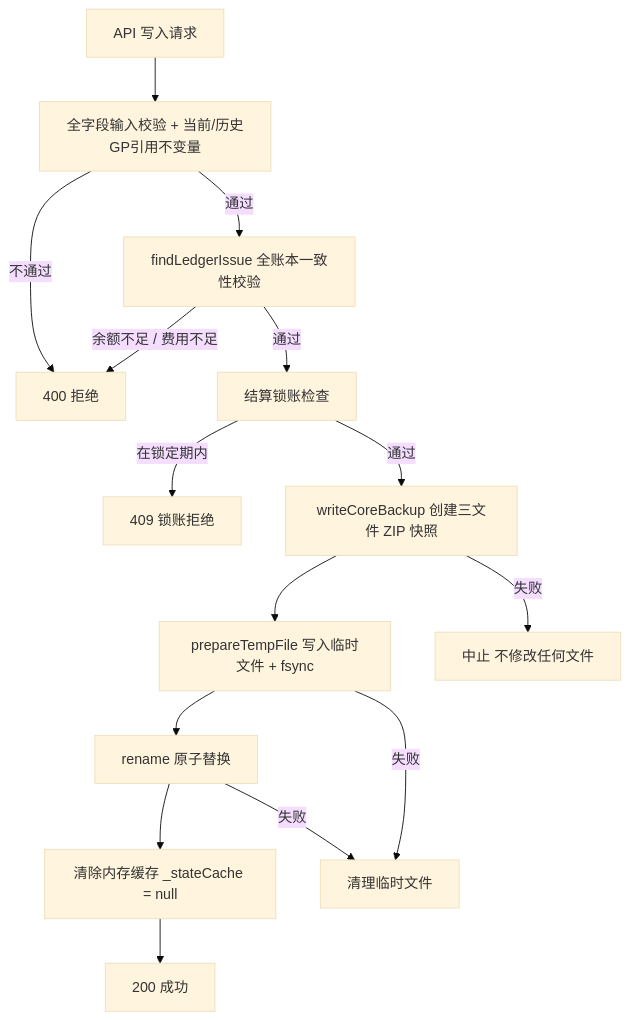
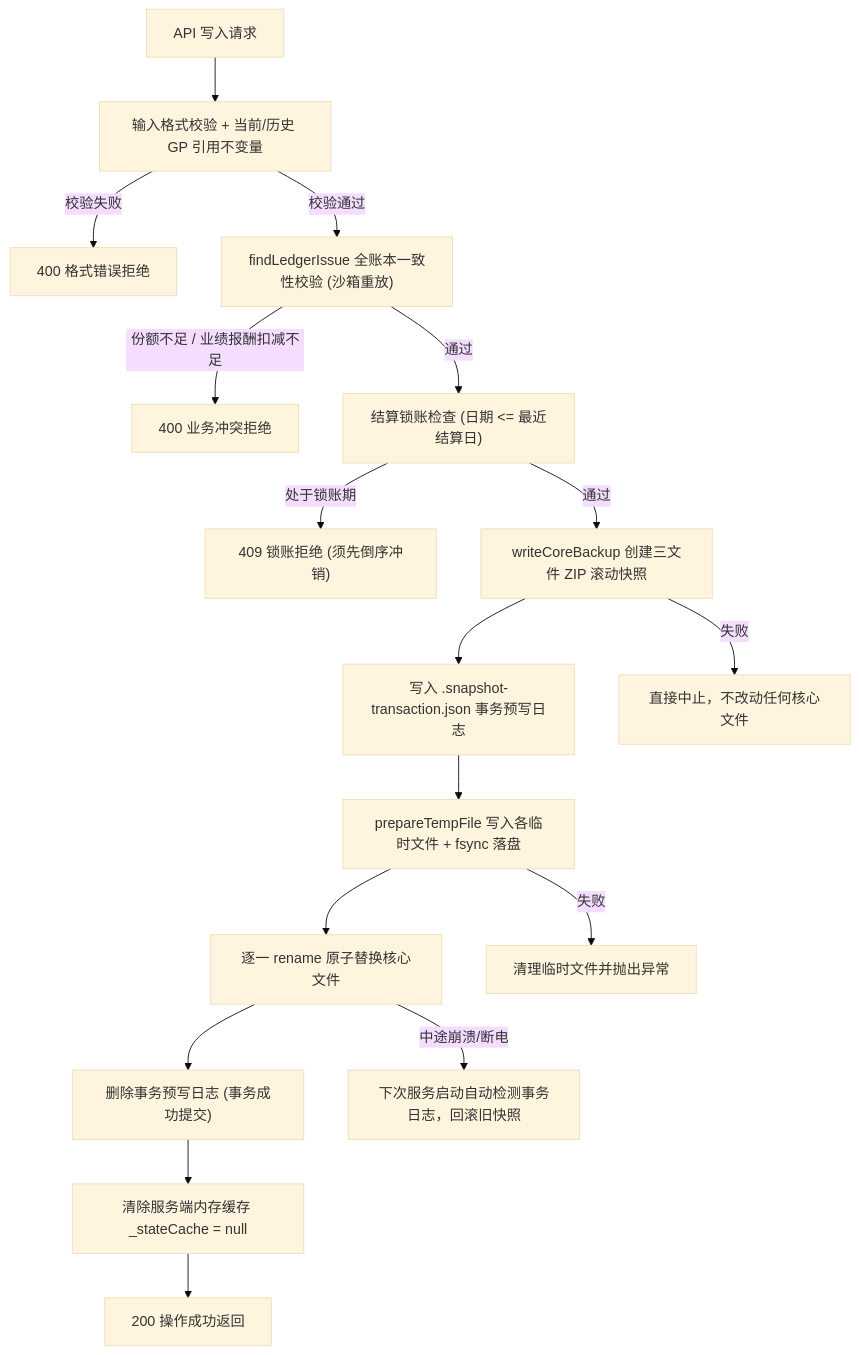
The third of 7 diagrams in docs/technical/ARCHITECTURE.md (spicy-man/family-fund-manager), drawn with Mermaid (base theme) before and after one commit. The commit also changed other lines of this file and 2 other files, not shown here.

Commit message:
docs: add architecture and code review guidelines and update README documentation

````diff
--- a/docs/technical/ARCHITECTURE.md
+++ b/docs/technical/ARCHITECTURE.md
@@ -125,17 +160,20 @@
 ```mermaid
 flowchart TD
-    START["API 写入请求"] --> VALIDATE["全字段输入校验 + 当前/历史GP引用不变量"]
-    VALIDATE -->|不通过| REJECT["400 拒绝"]
-    VALIDATE -->|通过| LEDGER_CHECK["findLedgerIssue 全账本一致性校验"]
-    LEDGER_CHECK -->|余额不足 / 费用不足| REJECT
-    LEDGER_CHECK -->|通过| LOCK_CHECK["结算锁账检查"]
-    LOCK_CHECK -->|在锁定期内| REJECT_LOCK["409 锁账拒绝"]
-    LOCK_CHECK -->|通过| BACKUP["writeCoreBackup 创建三文件 ZIP 快照"]
-    BACKUP --> TEMP["prepareTempFile 写入临时文件 + fsync"]
-    TEMP --> RENAME["rename 原子替换"]
-    RENAME --> CACHE_INV["清除内存缓存 _stateCache = null"]
-    CACHE_INV --> SUCCESS["200 成功"]
-    BACKUP -->|失败| ABORT["中止 不修改任何文件"]
-    TEMP -->|失败| CLEANUP["清理临时文件"]
-    RENAME -->|失败| CLEANUP
+    START["API 写入请求"] --> VALIDATE["输入格式校验 + 当前/历史 GP 引用不变量"]
+    VALIDATE -->|校验失败| REJECT["400 格式错误拒绝"]
+    VALIDATE -->|校验通过| LEDGER_CHECK["findLedgerIssue 全账本一致性校验 (沙箱重放)"]
+    LEDGER_CHECK -->|份额不足 / 业绩报酬扣减不足| REJECT_ISSUE["400 业务冲突拒绝"]
+    LEDGER_CHECK -->|通过| LOCK_CHECK["结算锁账检查 (日期 <= 最近结算日)"]
+    LOCK_CHECK -->|处于锁账期| REJECT_LOCK["409 锁账拒绝 (须先倒序冲销)"]
+    LOCK_CHECK -->|通过| BACKUP["writeCoreBackup 创建三文件 ZIP 滚动快照"]
+    BACKUP --> JOURNAL_START["写入 .snapshot-transaction.json 事务预写日志"]
+    JOURNAL_START --> TEMP["prepareTempFile 写入各临时文件 + fsync 落盘"]
+    TEMP --> RENAME["逐一 rename 原子替换核心文件"]
+    RENAME --> JOURNAL_END["删除事务预写日志 (事务成功提交)"]
+    JOURNAL_END --> CACHE_INV["清除服务端内存缓存 _stateCache = null"]
+    CACHE_INV --> SUCCESS["200 操作成功返回"]
+
+    BACKUP -->|失败| ABORT["直接中止，不改动任何核心文件"]
+    TEMP -->|失败| CLEANUP["清理临时文件并抛出异常"]
+    RENAME -->|中途崩溃/断电| CRASH_RECOVERY["下次服务启动自动检测事务日志，回滚旧快照"]
 ```
````
